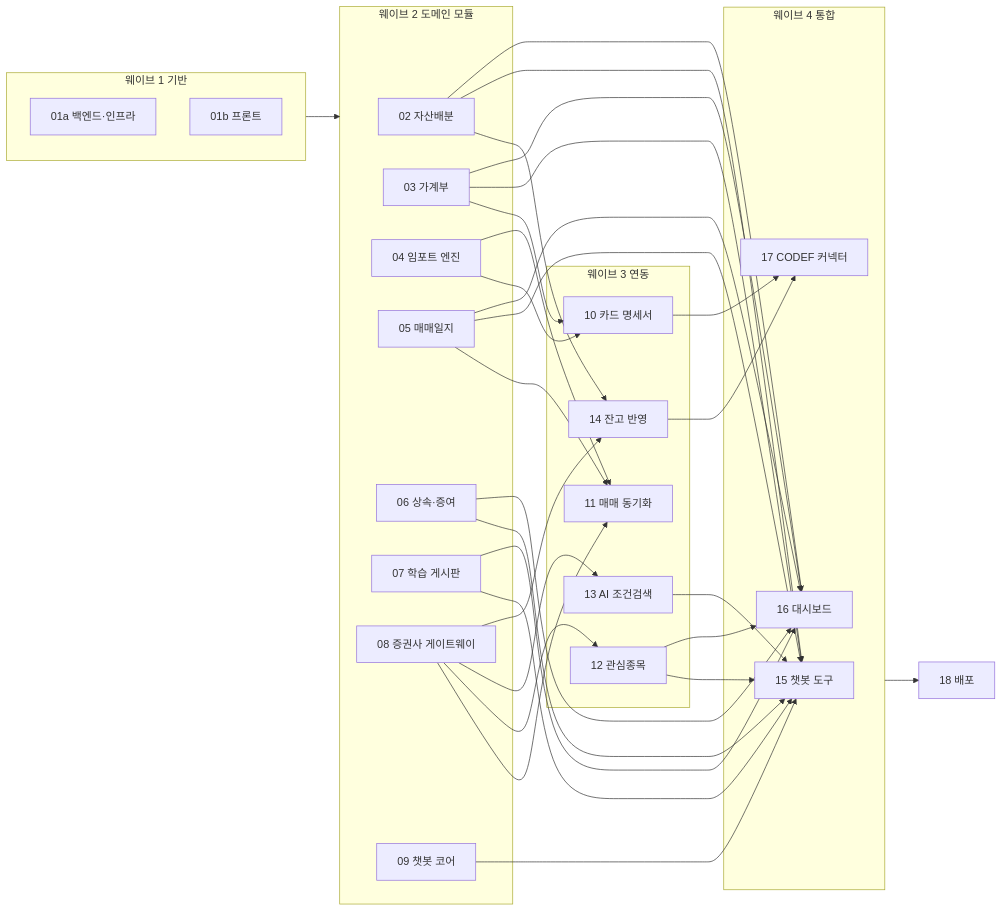
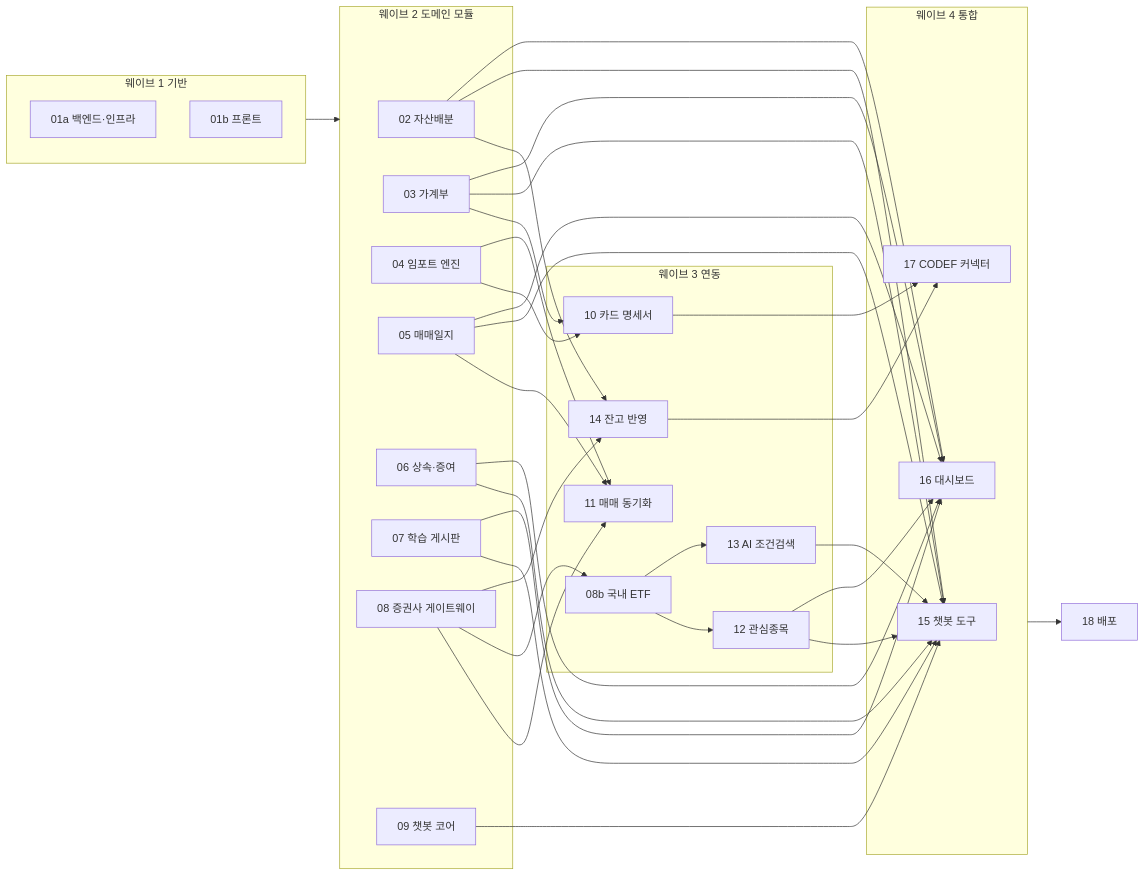
The diagram in docs/roadmap.md (ohch9712/all-weather-finance), drawn with Mermaid before and after one commit. The commit also changed other lines of this file and 4 other files, not shown here.

````diff
--- a/docs/roadmap.md
+++ b/docs/roadmap.md
@@ -8,46 +8,48 @@
 ```mermaid
 flowchart LR
   subgraph W1[웨이브 1 기반]
     T01a[01a 백엔드·인프라]
     T01b[01b 프론트]
   end
   subgraph W2[웨이브 2 도메인 모듈]
     T02[02 자산배분]
     T03[03 가계부]
     T04[04 임포트 엔진]
     T05[05 매매일지]
     T06[06 상속·증여]
     T07[07 학습 게시판]
     T08[08 증권사 게이트웨이]
     T09[09 챗봇 코어]
   end
   subgraph W3[웨이브 3 연동]
     T10[10 카드 명세서]
     T11[11 매매 동기화]
+    T08b[08b 국내 ETF]
     T12[12 관심종목]
     T13[13 AI 조건검색]
     T14[14 잔고 반영]
   end
   subgraph W4[웨이브 4 통합]
     T15[15 챗봇 도구]
     T16[16 대시보드]
     T17[17 CODEF 커넥터]
   end
   T18[18 배포]
   W1 --> W2
   T03 --> T10
   T04 --> T10
   T04 --> T11
   T05 --> T11
   T08 --> T11
-  T08 --> T12
-  T08 --> T13
+  T08 --> T08b
+  T08b --> T12
+  T08b --> T13
   T02 --> T14
   T08 --> T14
   T09 --> T15
   T02 & T03 & T05 & T06 & T07 & T12 & T13 --> T15
   T02 & T03 & T05 & T06 & T07 & T12 --> T16
   T10 --> T17
   T14 --> T17
   W4 --> T18
 ```
````
